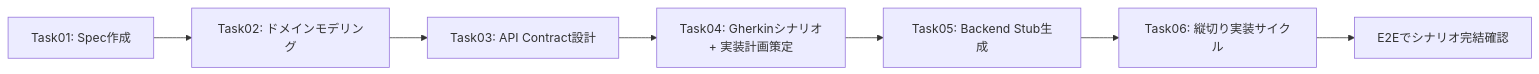
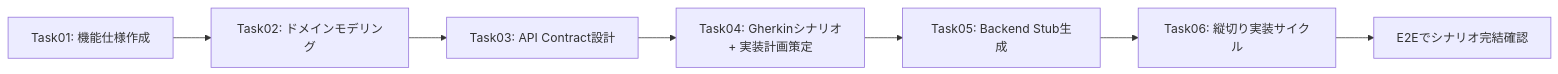
One commit to nobiinu-and/hatomask-app-with-ai changed the first of 3 diagrams in docs/AI_COLLABORATION.md. Above: the diagram before and after it, drawn with Mermaid. The commit also changed other lines of this file and 22 other files, not shown here.

````diff
--- a/docs/AI_COLLABORATION.md
+++ b/docs/AI_COLLABORATION.md
@@ -147,9 +147,9 @@
 ```mermaid
 graph LR
-    A[Task01: Spec作成] --> B[Task02: ドメインモデリング]
+    A[Task01: 機能仕様作成] --> B[Task02: ドメインモデリング]
     B --> C[Task03: API Contract設計]
     C --> D[Task04: Gherkinシナリオ<br/>+ 実装計画策定]
     D --> E[Task05: Backend Stub生成]
     E --> F[Task06: 縦切り実装サイクル]
     F --> G[E2Eでシナリオ完結確認]
 ```
````
